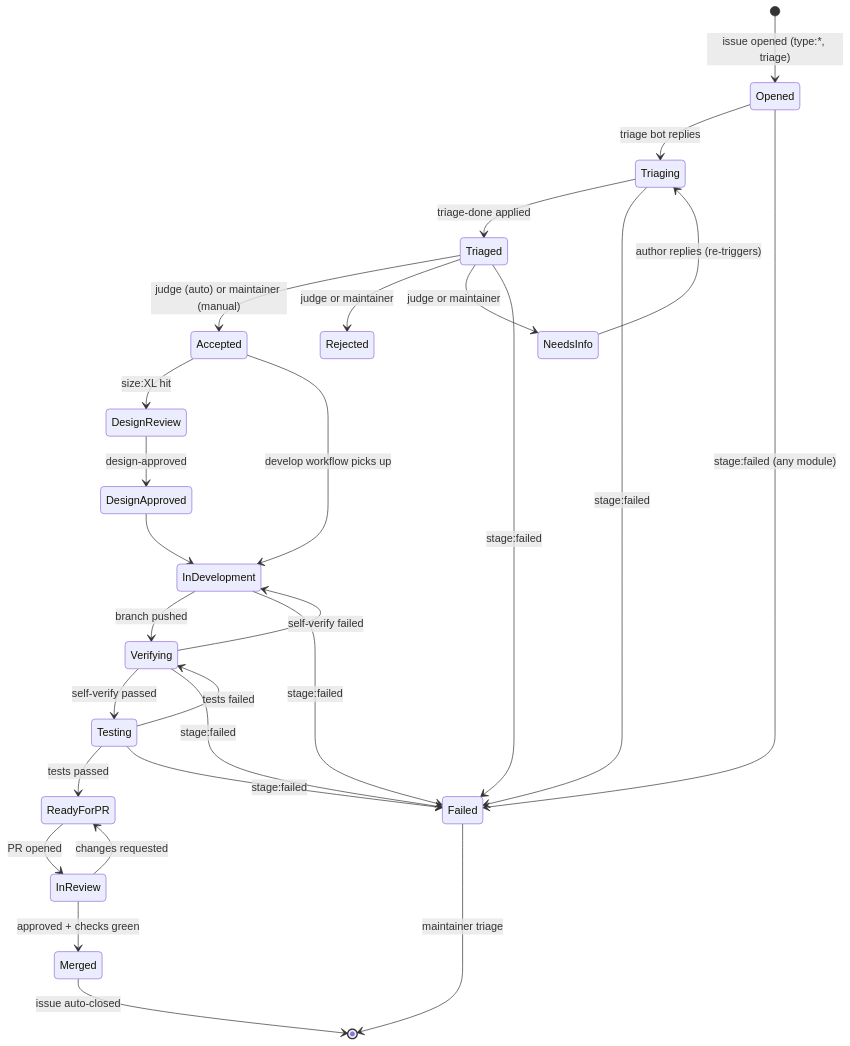
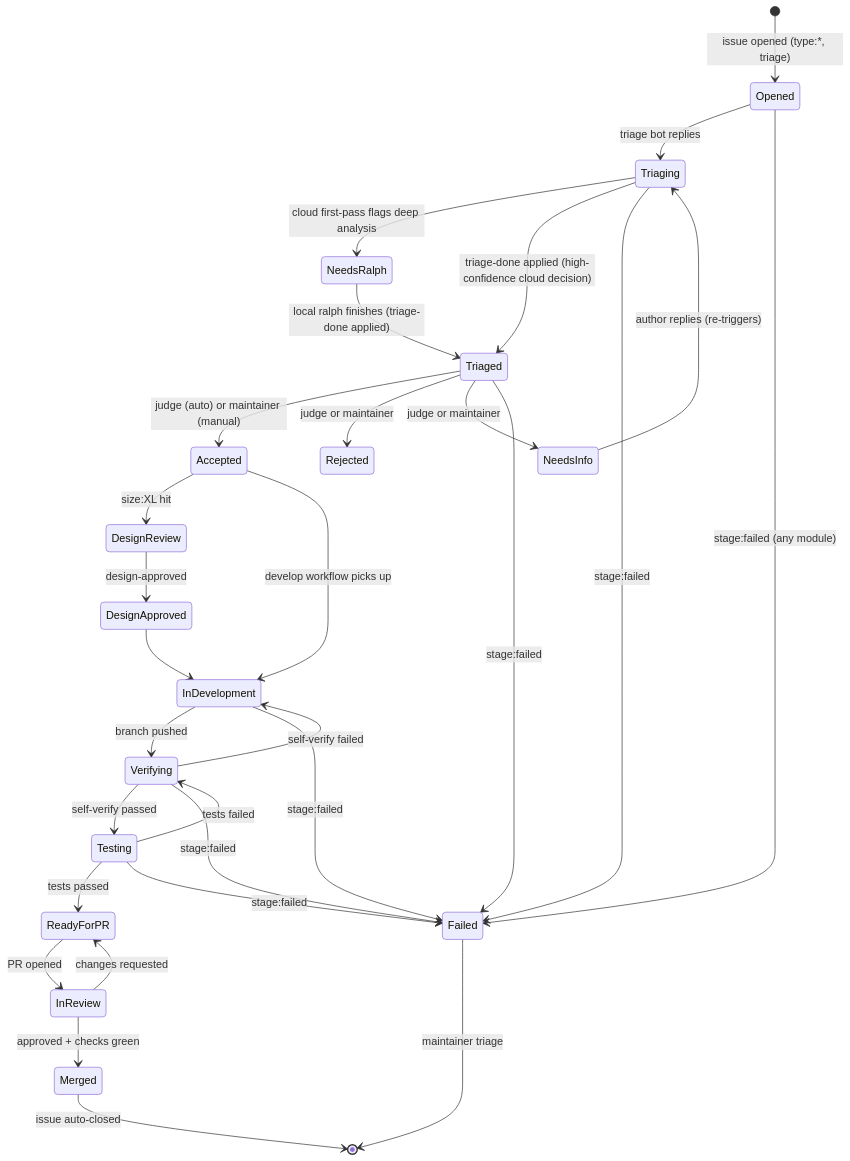
Before and after one commit to akushonkamen/github-auto-dev-scaffold: the diagram in docs/labels.md, drawn with Mermaid. The commit also changed other lines of this file and 37 other files, not shown here.

First line of the commit message:
feat: v2 cloud pipeline — triage → clarify loop → develop + DeepSeek migration

````diff
--- a/docs/labels.md
+++ b/docs/labels.md
@@ -18,31 +18,33 @@
 ```mermaid
 stateDiagram-v2
     [*] --> Opened: issue opened (type:*, triage)
     Opened --> Triaging: triage bot replies
-    Triaging --> Triaged: triage-done applied
+    Triaging --> NeedsRalph: cloud first-pass flags deep analysis
+    NeedsRalph --> Triaged: local ralph finishes (triage-done applied)
+    Triaging --> Triaged: triage-done applied (high-confidence cloud decision)
     Triaged --> Accepted: judge (auto) or maintainer (manual)
     Triaged --> Rejected: judge or maintainer
     Triaged --> NeedsInfo: judge or maintainer
     NeedsInfo --> Triaging: author replies (re-triggers)
     Accepted --> DesignReview: size:XL hit
     DesignReview --> DesignApproved: design-approved
     Accepted --> InDevelopment: develop workflow picks up
     DesignApproved --> InDevelopment
     InDevelopment --> Verifying: branch pushed
     Verifying --> Testing: self-verify passed
     Verifying --> InDevelopment: self-verify failed
     Testing --> ReadyForPR: tests passed
     Testing --> Verifying: tests failed
     ReadyForPR --> InReview: PR opened
     InReview --> Merged: approved + checks green
     InReview --> ReadyForPR: changes requested
     Merged --> [*]: issue auto-closed
 
     Opened --> Failed: stage:failed (any module)
     Triaging --> Failed: stage:failed
     Triaged --> Failed: stage:failed
     InDevelopment --> Failed: stage:failed
     Verifying --> Failed: stage:failed
     Testing --> Failed: stage:failed
     Failed --> [*]: maintainer triage
 ```
````
